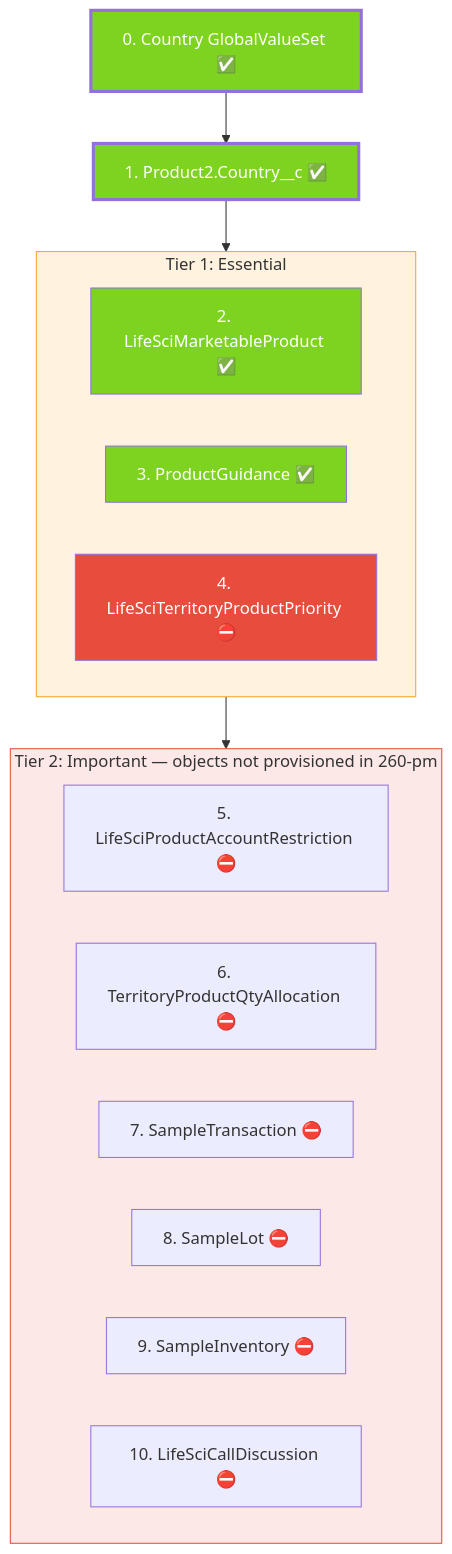
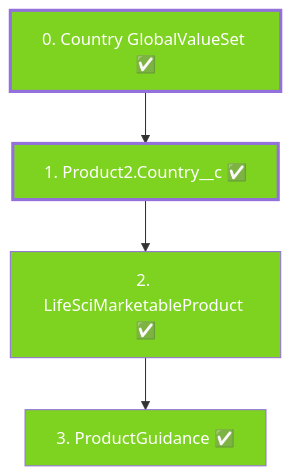
The second of 2 diagrams in README-03-Country-Field-Requirements.md (afls-ideas/Multi-Country-Brand-Setup), drawn with Mermaid before and after one commit. The commit also changed other lines of this file and 4 other files, not shown here.

````diff
--- a/README-03-Country-Field-Requirements.md
+++ b/README-03-Country-Field-Requirements.md
@@ -112,31 +96,11 @@
 ```mermaid
 flowchart TD
     GVS["0. Country GlobalValueSet ✅"] --> P2
-
-    P2["1. Product2.Country__c ✅"] --> T1
-
-    subgraph T1["Tier 1: Essential"]
-        MP["2. LifeSciMarketableProduct ✅"]
-        PG["3. ProductGuidance ✅"]
-        TPP["4. LifeSciTerritoryProductPriority ⛔"]
-    end
-
-    T1 --> T2
-
-    subgraph T2["Tier 2: Important — objects not provisioned in 260-pm"]
-        PAR["5. LifeSciProductAccountRestriction ⛔"]
-        TPA["6. TerritoryProductQtyAllocation ⛔"]
-        ST["7. SampleTransaction ⛔"]
-        SL["8. SampleLot ⛔"]
-        SI["9. SampleInventory ⛔"]
-        CD["10. LifeSciCallDiscussion ⛔"]
-    end
+    P2["1. Product2.Country__c ✅"] --> MP["2. LifeSciMarketableProduct ✅"]
+    MP --> PG["3. ProductGuidance ✅"]
 
     style GVS fill:#7ed321,color:#fff,stroke-width:3px
     style P2 fill:#7ed321,color:#fff,stroke-width:3px
     style MP fill:#7ed321,color:#fff
     style PG fill:#7ed321,color:#fff
-    style TPP fill:#e74c3c,color:#fff
-    style T1 fill:#fff3e0,stroke:#f5a623
-    style T2 fill:#fde8e8,stroke:#e74c3c
 ```
````
